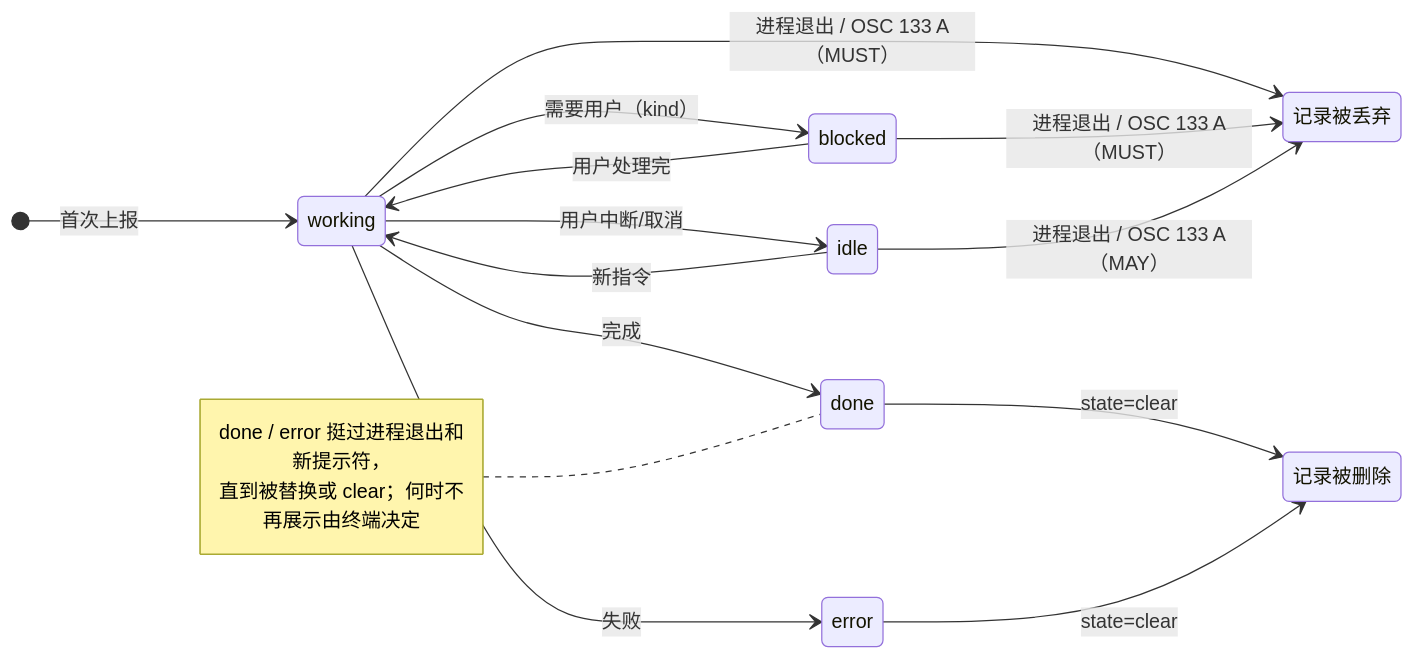
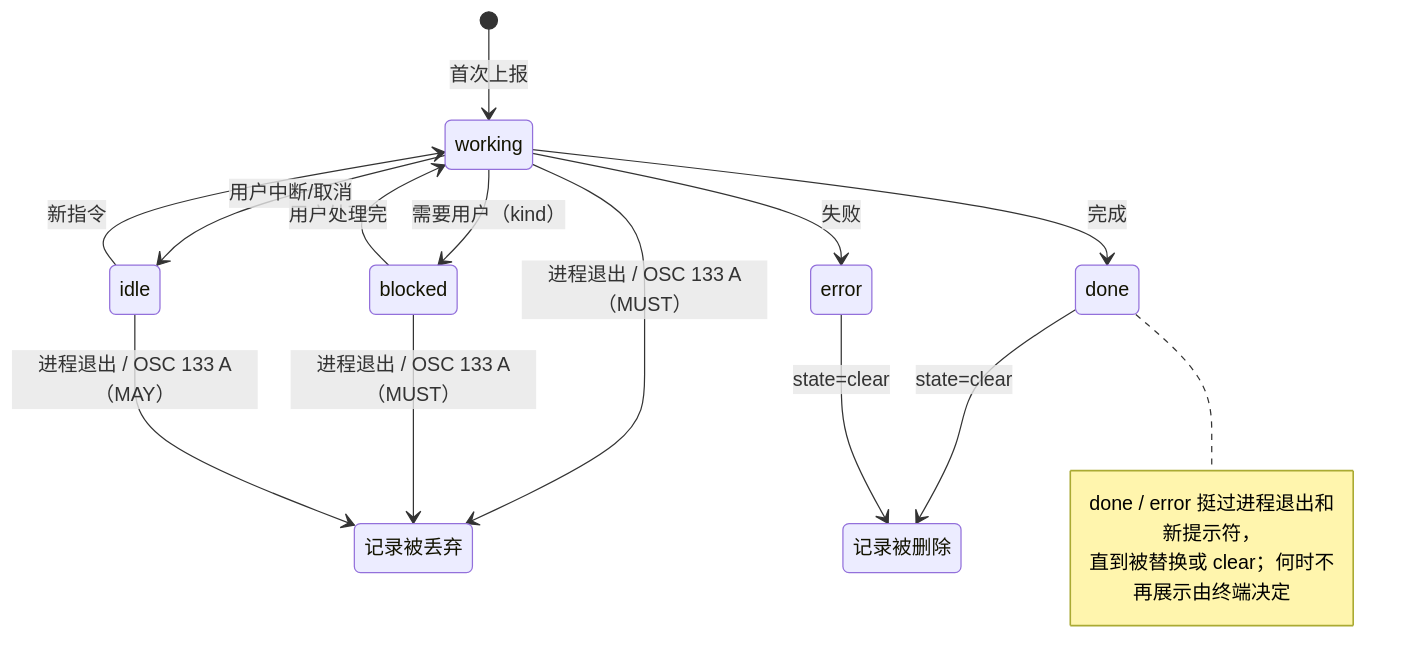
Before and after one commit to hyeebeen/awesome-osc7501: the first of 2 diagrams in docs/deep-dive.md, drawn with Mermaid. The commit also changed 2 other files, not shown here.

Commit message:
docs: wider flow chart, taller state chart, fix SVG alt text

````diff
--- a/docs/deep-dive.md
+++ b/docs/deep-dive.md
@@ -95,22 +95,21 @@
 ```mermaid
 stateDiagram-v2
-  direction LR
   dropped: 记录被丢弃
   cleared: 记录被删除
   [*] --> working : 首次上报
   working --> blocked : 需要用户（kind）
   blocked --> working : 用户处理完
   working --> idle : 用户中断/取消
   idle --> working : 新指令
   working --> done : 完成
   working --> error : 失败
   working --> dropped : 进程退出 / OSC 133 A（MUST）
   blocked --> dropped : 进程退出 / OSC 133 A（MUST）
   idle --> dropped : 进程退出 / OSC 133 A（MAY）
   done --> cleared : state=clear
   error --> cleared : state=clear
-  note left of done
+  note right of done
     done / error 挺过进程退出和新提示符，
     直到被替换或 clear；何时不再展示由终端决定
   end note
 ```
````
